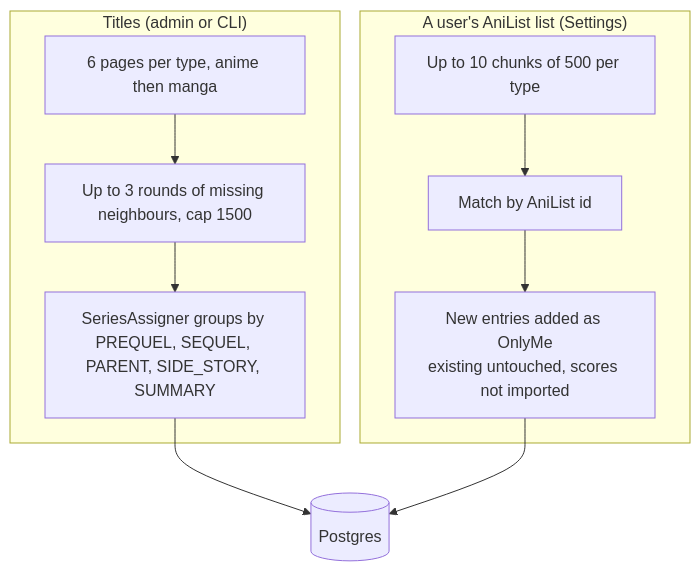
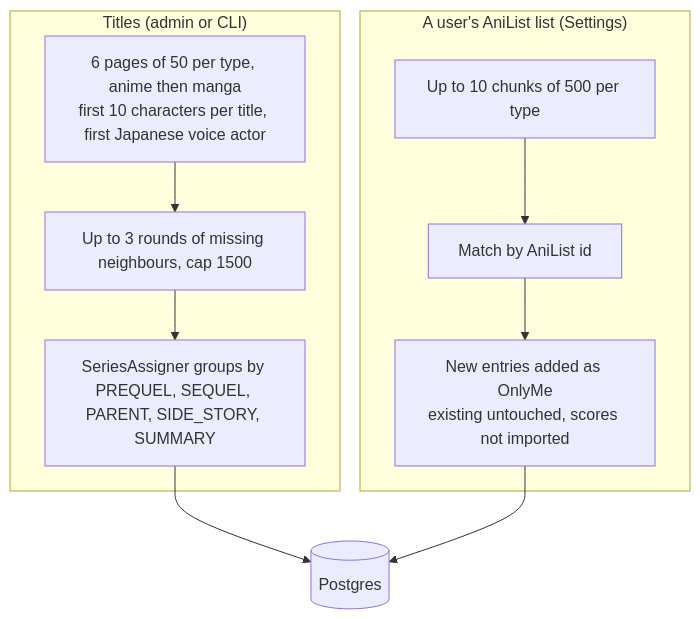
Before and after one commit to trism-prism/anime-rating-platform: the ninth of 10 diagrams in docs/data.md, drawn with Mermaid. The commit also changed other lines of this file and 4 other files, not shown here.

Commit message:
Docs: fix visibility rule order, add account schema, constraints, rating write, series grouping, email change, AniList import, review flow, request pipeline, startup

````diff
--- a/docs/data.md
+++ b/docs/data.md
@@ -152,13 +235,13 @@
 ```mermaid
 flowchart TD
   subgraph Titles ["Titles (admin or CLI)"]
-    T1["6 pages per type, anime then manga"] --> T2["Up to 3 rounds of missing neighbours, cap 1500"]
+    T1["6 pages of 50 per type, anime then manga<br/>first 10 characters per title, first Japanese voice actor"] --> T2["Up to 3 rounds of missing neighbours, cap 1500"]
     T2 --> T3["SeriesAssigner groups by PREQUEL, SEQUEL, PARENT, SIDE_STORY, SUMMARY"]
   end
   subgraph Lists ["A user's AniList list (Settings)"]
     L1["Up to 10 chunks of 500 per type"] --> L2["Match by AniList id"]
     L2 --> L3["New entries added as OnlyMe<br/>existing untouched, scores not imported"]
   end
   T3 --> DB[(Postgres)]
   L3 --> DB
 ```
````
